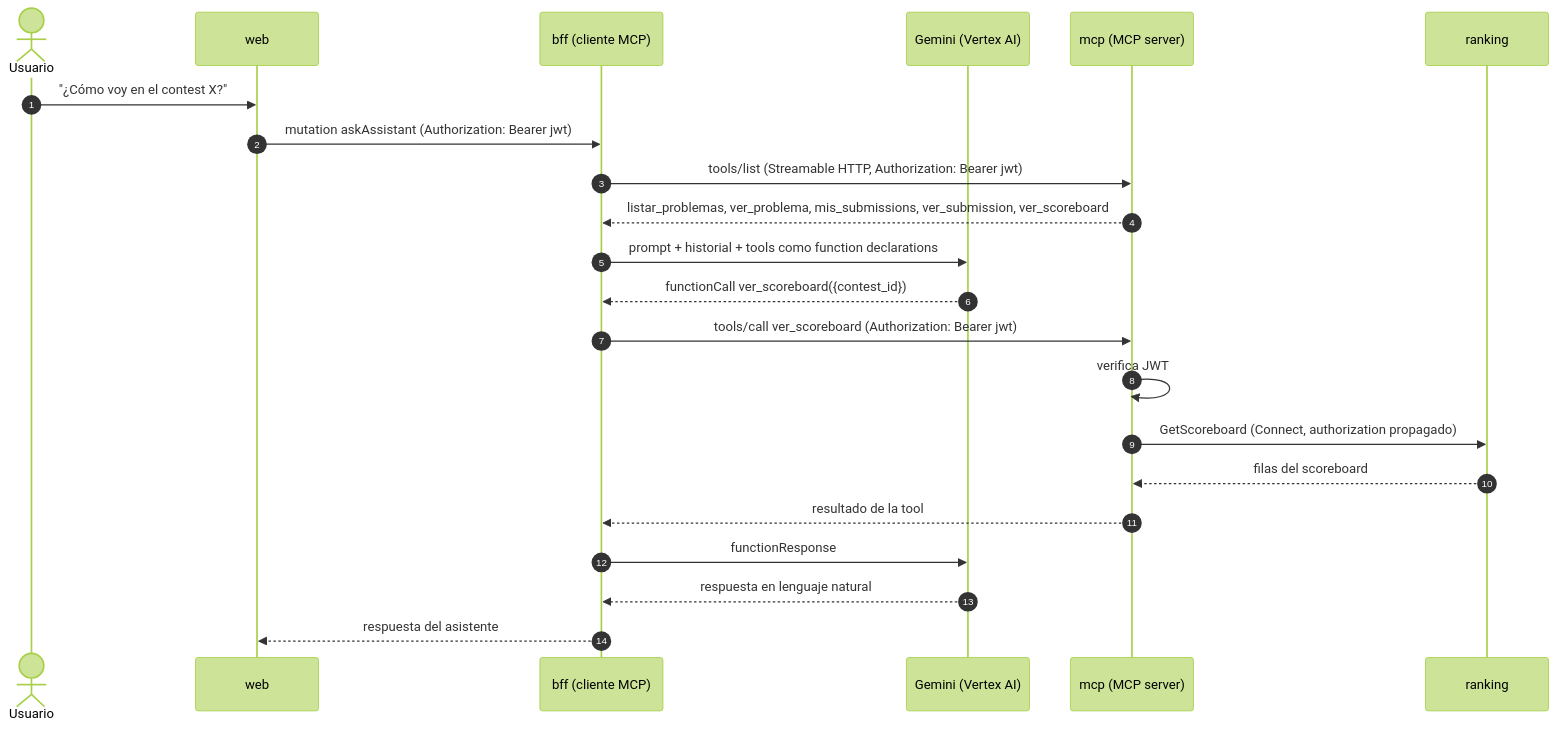
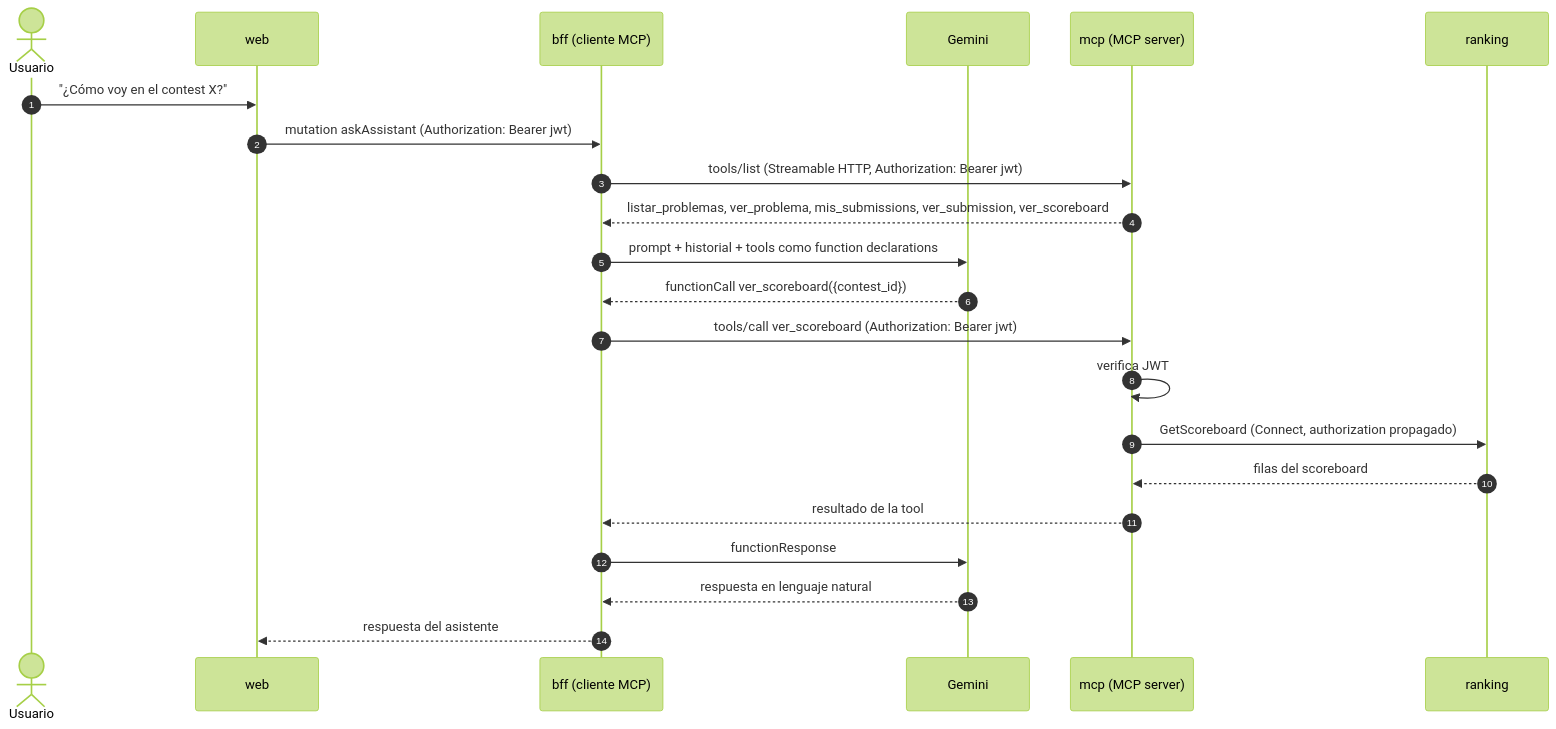
One commit to Claptzzz/APC-Judge changed the third of 3 diagrams in docs/architecture.md. Above: the diagram before and after it, drawn with Mermaid (forest theme). The commit also changed other lines of this file and 11 other files, not shown here.

Commit message:
chore(fase-2): base de la fase 2 — infra, contrato GraphQL y variables del BFF/front

````diff
--- a/docs/architecture.md
+++ b/docs/architecture.md
@@ -199,25 +225,25 @@
 ```mermaid
 sequenceDiagram
   autonumber
   actor U as Usuario
   participant W as web
   participant B as bff (cliente MCP)
-  participant G as Gemini (Vertex AI)
+  participant G as Gemini
   participant X as mcp (MCP server)
   participant R as ranking
 
   U->>W: "¿Cómo voy en el contest X?"
   W->>B: mutation askAssistant (Authorization: Bearer jwt)
   B->>X: tools/list (Streamable HTTP, Authorization: Bearer jwt)
   X-->>B: listar_problemas, ver_problema, mis_submissions, ver_submission, ver_scoreboard
   B->>G: prompt + historial + tools como function declarations
   G-->>B: functionCall ver_scoreboard({contest_id})
   B->>X: tools/call ver_scoreboard (Authorization: Bearer jwt)
   X->>X: verifica JWT
   X->>R: GetScoreboard (Connect, authorization propagado)
   R-->>X: filas del scoreboard
   X-->>B: resultado de la tool
   B->>G: functionResponse
   G-->>B: respuesta en lenguaje natural
   B-->>W: respuesta del asistente
 ```
````
